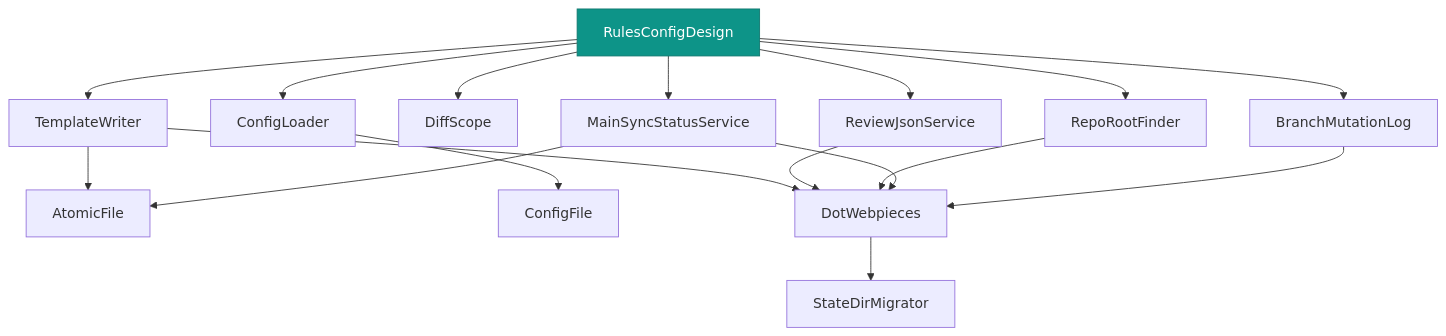
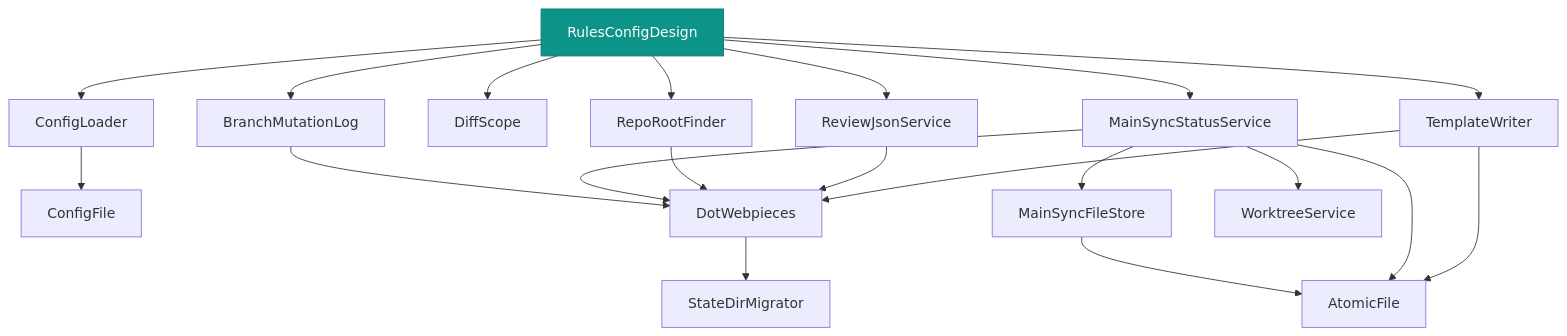
The diagram in packages/tooling/rules-config/design.md (deanhiller/webpieces-ts), drawn with Mermaid before and after one commit. The commit also changed 19 other files, not shown here.

````diff
--- a/packages/tooling/rules-config/design.md
+++ b/packages/tooling/rules-config/design.md
@@ -13,38 +13,43 @@
 ```mermaid
 graph TD
     AtomicFile["AtomicFile"]
     BranchMutationLog["BranchMutationLog"]
     ConfigFile["ConfigFile"]
     ConfigLoader["ConfigLoader"]
     DiffScope["DiffScope"]
     DotWebpieces["DotWebpieces"]
+    MainSyncFileStore["MainSyncFileStore"]
     MainSyncStatusService["MainSyncStatusService"]
     RepoRootFinder["RepoRootFinder"]
     ReviewJsonService["ReviewJsonService"]
     RulesConfigDesign["RulesConfigDesign"]:::apiImpl
     StateDirMigrator["StateDirMigrator"]
     TemplateWriter["TemplateWriter"]
+    WorktreeService["WorktreeService"]
     BranchMutationLog --> DotWebpieces
     ConfigLoader --> ConfigFile
     DotWebpieces --> StateDirMigrator
+    MainSyncFileStore --> AtomicFile
     MainSyncStatusService --> AtomicFile
     MainSyncStatusService --> DotWebpieces
+    MainSyncStatusService --> MainSyncFileStore
+    MainSyncStatusService --> WorktreeService
     RepoRootFinder --> DotWebpieces
     ReviewJsonService --> DotWebpieces
     RulesConfigDesign --> BranchMutationLog
     RulesConfigDesign --> ConfigLoader
     RulesConfigDesign --> DiffScope
     RulesConfigDesign --> MainSyncStatusService
     RulesConfigDesign --> RepoRootFinder
     RulesConfigDesign --> ReviewJsonService
     RulesConfigDesign --> TemplateWriter
     TemplateWriter --> AtomicFile
     TemplateWriter --> DotWebpieces
     classDef controller fill:#1f6feb,color:#ffffff,stroke:#0d419d
     classDef apiImpl fill:#0d9488,color:#ffffff,stroke:#0f766e
     classDef component fill:#2da44e,color:#ffffff,stroke:#1a7f37
     classDef unresolved fill:#f0ad4e,color:#000000,stroke:#b8860b,stroke-dasharray: 5 5
     classDef external fill:#b39ddb,color:#000000,stroke:#5e35b1,stroke-width:3px
     classDef api fill:#4fc3f7,color:#000000,stroke:#0277bd,stroke-width:3px
     classDef many fill:#eceff1,color:#000000,stroke:#546e7a,stroke-width:2px,stroke-dasharray: 4 2
 ```
````
